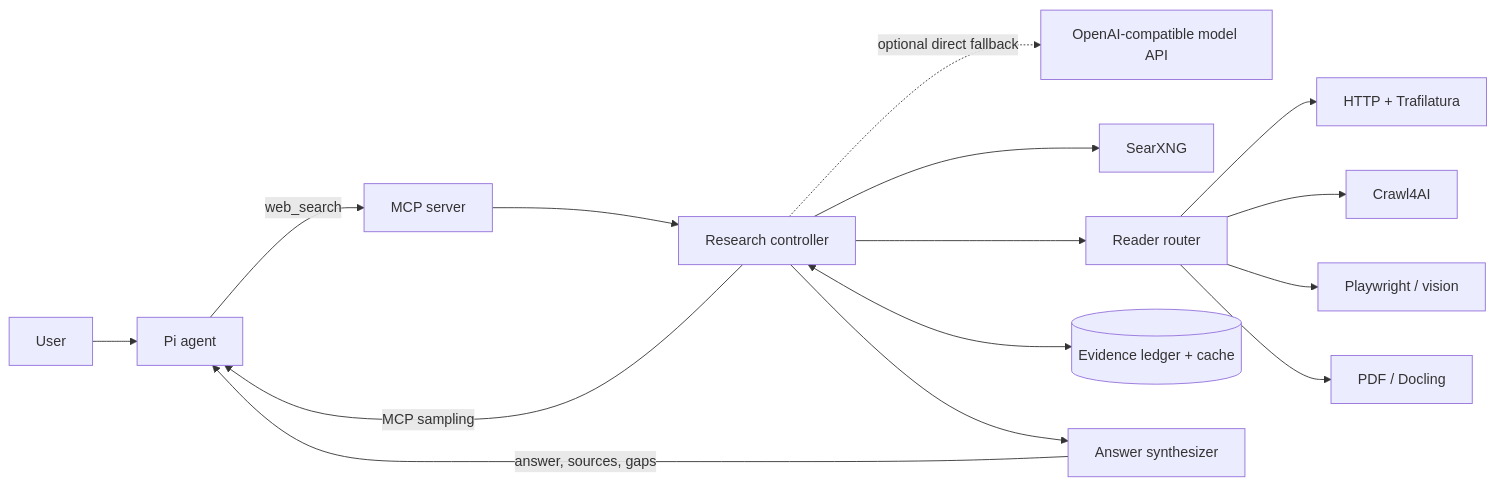
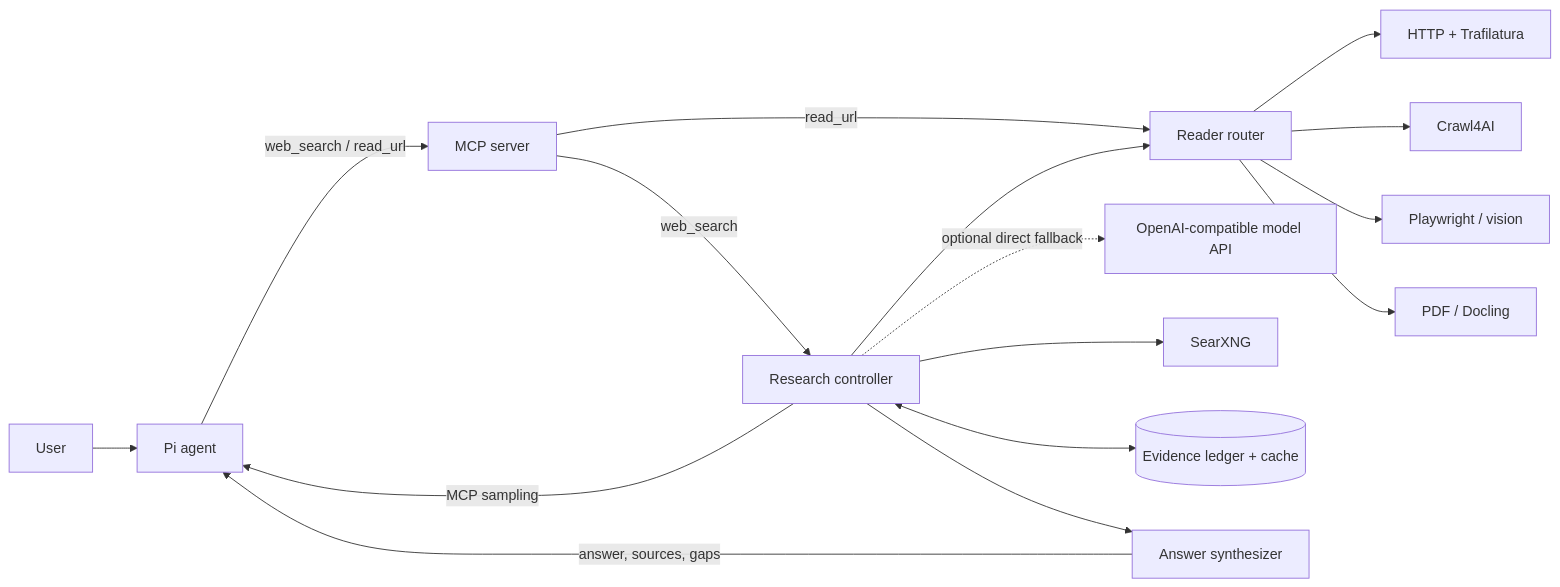
One commit to Dmitry-Kaleykin/web-search changed the diagram in ARCHITECTURE.md. Above: the diagram before and after it, drawn with Mermaid. The commit also changed other lines of this file and 9 other files, not shown here.

Commit message:
read_url

````diff
--- a/ARCHITECTURE.md
+++ b/ARCHITECTURE.md
@@ -59,17 +60,18 @@
 ```mermaid
 flowchart LR
     U[User] --> P[Pi agent]
-    P -->|web_search| M[MCP server]
-    M --> C[Research controller]
+    P -->|web_search / read_url| M[MCP server]
+    M -->|web_search| C[Research controller]
+    M -->|read_url| R[Reader router]
     C -->|MCP sampling| P
     C -. optional direct fallback .-> L[OpenAI-compatible model API]
     C --> S[SearXNG]
-    C --> R[Reader router]
+    C --> R
     R --> T[HTTP + Trafilatura]
     R --> W[Crawl4AI]
     R --> B[Playwright / vision]
     R --> D[PDF / Docling]
     C <--> E[(Evidence ledger + cache)]
     C --> A[Answer synthesizer]
     A -->|answer, sources, gaps| P
 ```
````
